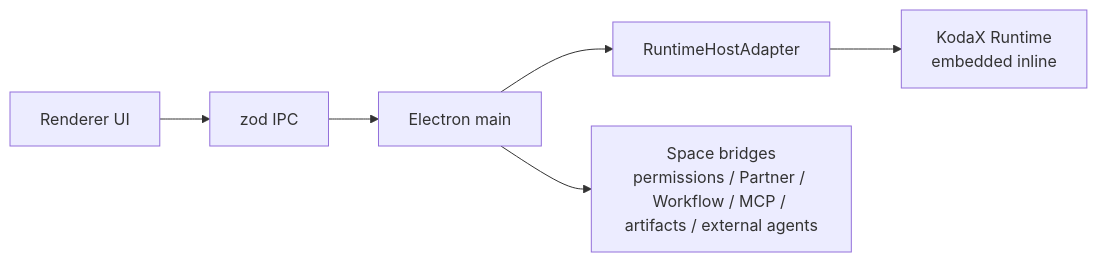
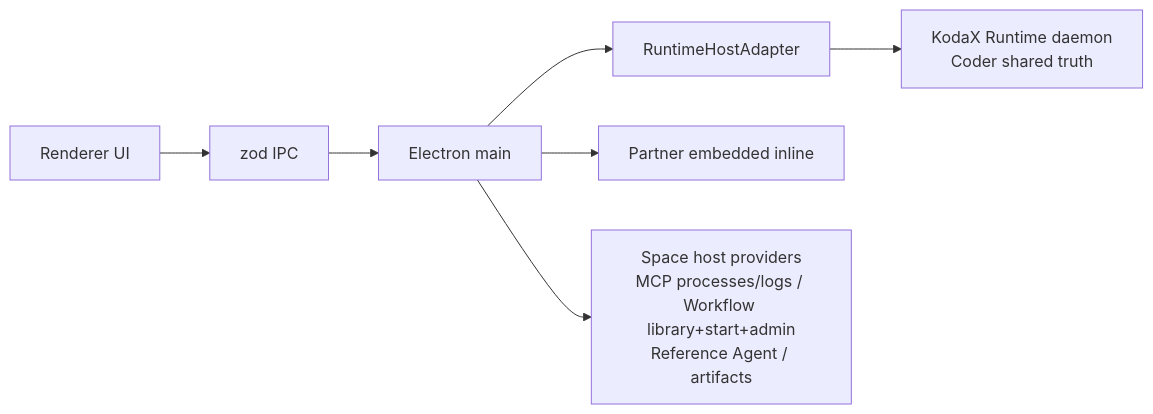
One commit to icetomoyo/KodaX-Space changed the second of 2 diagrams in docs/USAGE.md. Above: the diagram before and after it, drawn with Mermaid. The commit also changed other lines of this file and 16 other files, not shown here.

````diff
--- a/docs/USAGE.md
+++ b/docs/USAGE.md
@@ -73,8 +73,9 @@
 ```mermaid
 flowchart LR
     UI["Renderer UI"] --> IPC["zod IPC"]
     IPC --> Host["Electron main"]
     Host --> Adapter["RuntimeHostAdapter"]
-    Adapter --> Runtime["KodaX Runtime<br/>embedded inline"]
-    Host --> Bridges["Space bridges<br/>permissions / Partner / Workflow / MCP / artifacts / external agents"]
+    Adapter --> Runtime["KodaX Runtime daemon<br/>Coder shared truth"]
+    Host --> Partner["Partner embedded inline"]
+    Host --> Bridges["Space host providers<br/>MCP processes/logs / Workflow library+start+admin<br/>Reference Agent / artifacts"]
 ```
````
